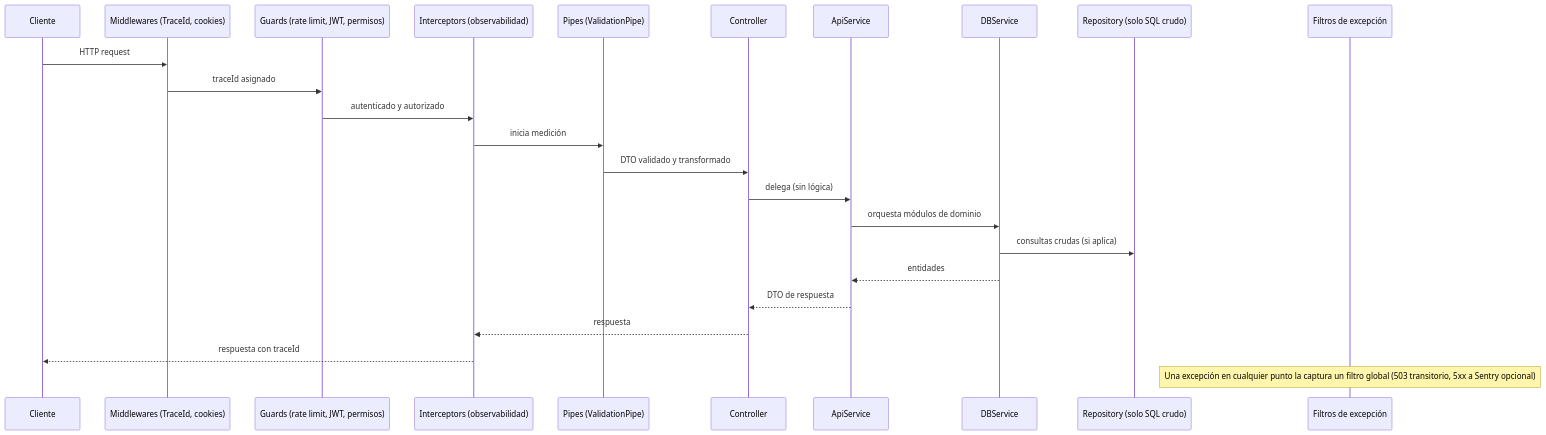
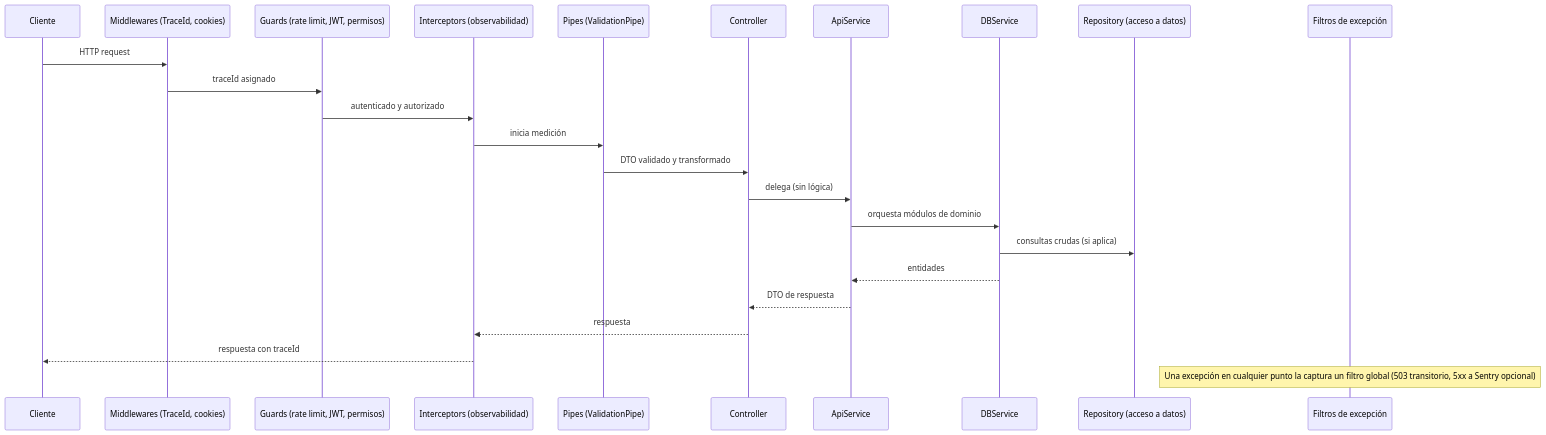
One commit to josepanz/node-starter-backend changed the second of 2 diagrams in ARCHITECTURE.md. Above: the diagram before and after it, drawn with Mermaid. The commit also changed other lines of this file and 3 other files, not shown here.

Commit message:
docs: readme como índice del compendio y repaso de ARCHITECTURE y CONTRIBUTING

````diff
--- a/ARCHITECTURE.md
+++ b/ARCHITECTURE.md
@@ -44,26 +50,26 @@
 ```mermaid
 sequenceDiagram
   participant Cl as Cliente
   participant Mw as Middlewares (TraceId, cookies)
   participant Gd as Guards (rate limit, JWT, permisos)
   participant In as Interceptors (observabilidad)
   participant Pi as Pipes (ValidationPipe)
   participant Ct as Controller
   participant Sv as ApiService
   participant Db as DBService
-  participant Rp as Repository (solo SQL crudo)
+  participant Rp as Repository (acceso a datos)
   participant Fl as Filtros de excepción
   Cl->>Mw: HTTP request
   Mw->>Gd: traceId asignado
   Gd->>In: autenticado y autorizado
   In->>Pi: inicia medición
   Pi->>Ct: DTO validado y transformado
   Ct->>Sv: delega (sin lógica)
   Sv->>Db: orquesta módulos de dominio
   Db->>Rp: consultas crudas (si aplica)
   Db-->>Sv: entidades
   Sv-->>Ct: DTO de respuesta
   Ct-->>In: respuesta
   In-->>Cl: respuesta con traceId
   Note over Fl: Una excepción en cualquier punto la captura un filtro global (503 transitorio, 5xx a Sentry opcional)
 ```
````
